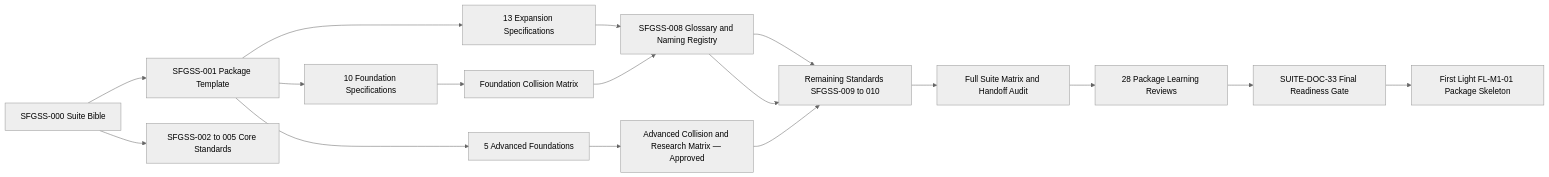
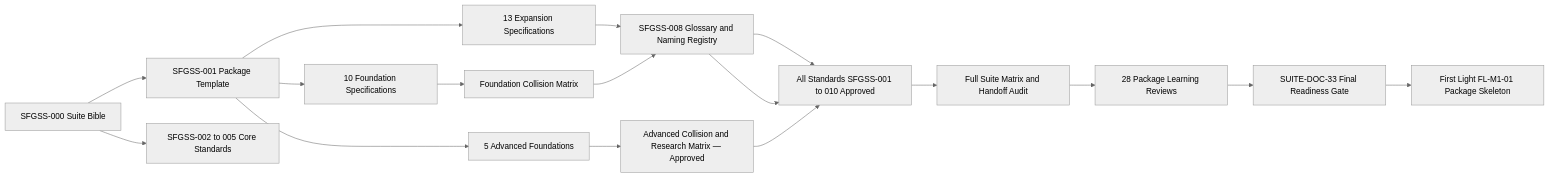
One commit to echodevgames/The-Sperk-Forge changed the first of 4 diagrams in Plan Documentation/Suite_Graph_Roadmap.md. Above: the diagram before and after it, drawn with Mermaid (neutral theme). The commit also changed other lines of this file and 12 other files, not shown here.

````diff
--- a/Plan Documentation/Suite_Graph_Roadmap.md
+++ b/Plan Documentation/Suite_Graph_Roadmap.md
@@ -30,19 +30,19 @@
 ```mermaid
 flowchart LR
     A[SFGSS-000 Suite Bible] --> B[SFGSS-001 Package Template]
     A --> C[SFGSS-002 to 005 Core Standards]
     B --> D[10 Foundation Specifications]
     B --> E[13 Expansion Specifications]
     B --> F[5 Advanced Foundations]
     D --> G[Foundation Collision Matrix]
     E --> H[Expansion Collision Matrix]
     F --> I[Advanced Collision and Research Matrix — Approved]
     G --> H[SFGSS-008 Glossary and Naming Registry]
-    H --> J[Remaining Standards SFGSS-009 to 010]
+    H --> J[All Standards SFGSS-001 to 010 Approved]
     H --> J
     I --> J
     J --> K[Full Suite Matrix and Handoff Audit]
     K --> L[28 Package Learning Reviews]
     L --> M[SUITE-DOC-33 Final Readiness Gate]
     M --> N[First Light FL-M1-01 Package Skeleton]
 ```
````
